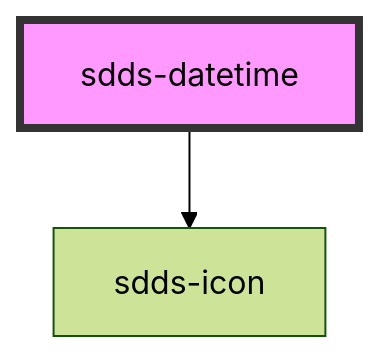
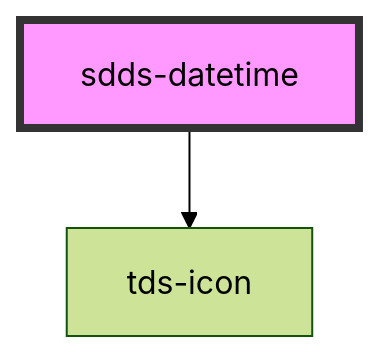
One commit to scania-digital-design-system/tegel changed the diagram in core/src/components/datetime/readme.md. Above: the diagram before and after it, drawn with Mermaid (forest theme). The commit also changed other lines of this file and 75 other files, not shown here.

````diff
--- a/core/src/components/datetime/readme.md
+++ b/core/src/components/datetime/readme.md
@@ -40,5 +40,5 @@
 ```mermaid
 graph TD;
-  sdds-datetime --> sdds-icon
+  sdds-datetime --> tds-icon
   style sdds-datetime fill:#f9f,stroke:#333,stroke-width:4px
 ```
````
